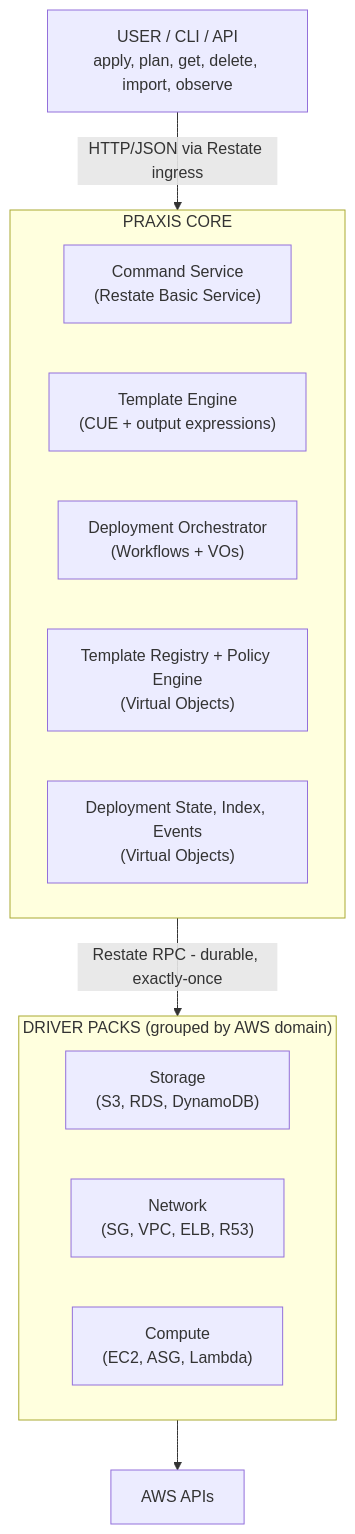
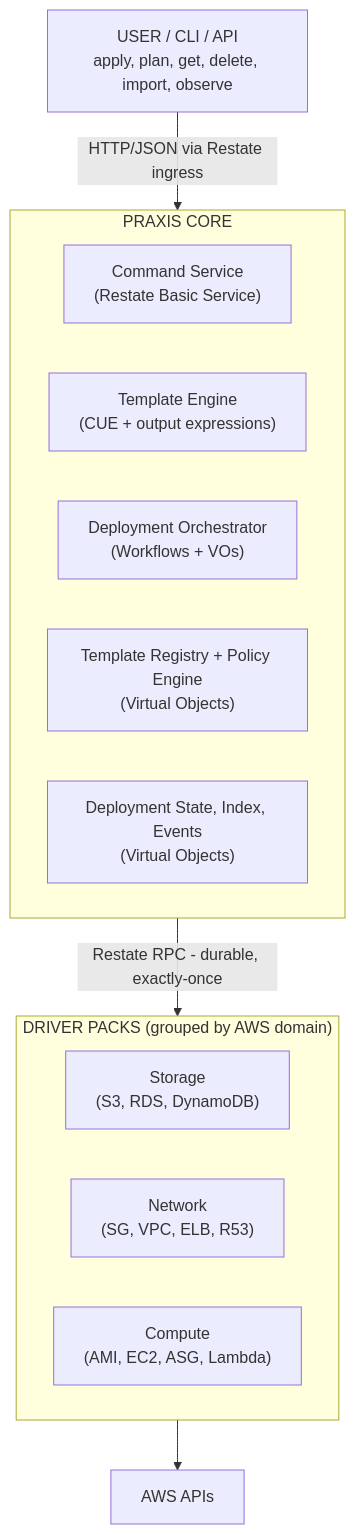
Before and after one commit to shirvan/praxis: the first of 5 diagrams in docs/ARCHITECTURE.md, drawn with Mermaid. The commit also changed other lines of this file and 22 other files, not shown here.

````diff
--- a/docs/ARCHITECTURE.md
+++ b/docs/ARCHITECTURE.md
@@ -17,24 +17,24 @@
 ```mermaid
 graph TD
     User["USER / CLI / API<br/>apply, plan, get, delete, import, observe"]
 
     User -->|"HTTP/JSON via Restate ingress"| Core
 
     subgraph Core["PRAXIS CORE"]
         CS["Command Service<br/>(Restate Basic Service)"]
         TE["Template Engine<br/>(CUE + output expressions)"]
         DO["Deployment Orchestrator<br/>(Workflows + VOs)"]
         TR["Template Registry + Policy Engine<br/>(Virtual Objects)"]
         DS["Deployment State, Index, Events<br/>(Virtual Objects)"]
     end
 
     Core -->|"Restate RPC - durable, exactly-once"| Drivers
 
     subgraph Drivers["DRIVER PACKS (grouped by AWS domain)"]
         Storage["Storage<br/>(S3, RDS, DynamoDB)"]
         Network["Network<br/>(SG, VPC, ELB, R53)"]
-        Compute["Compute<br/>(EC2, ASG, Lambda)"]
+        Compute["Compute<br/>(AMI, EC2, ASG, Lambda)"]
     end
 
     Drivers --> AWS["AWS APIs"]
 ```
````
